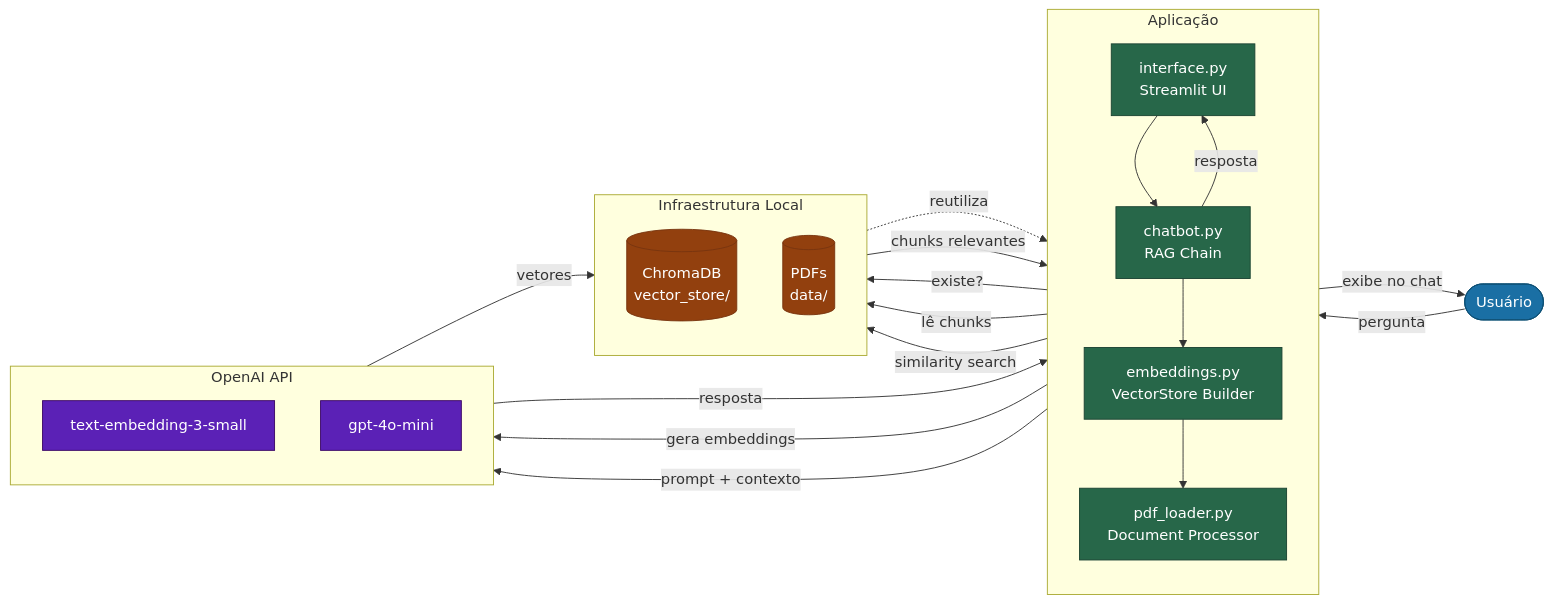
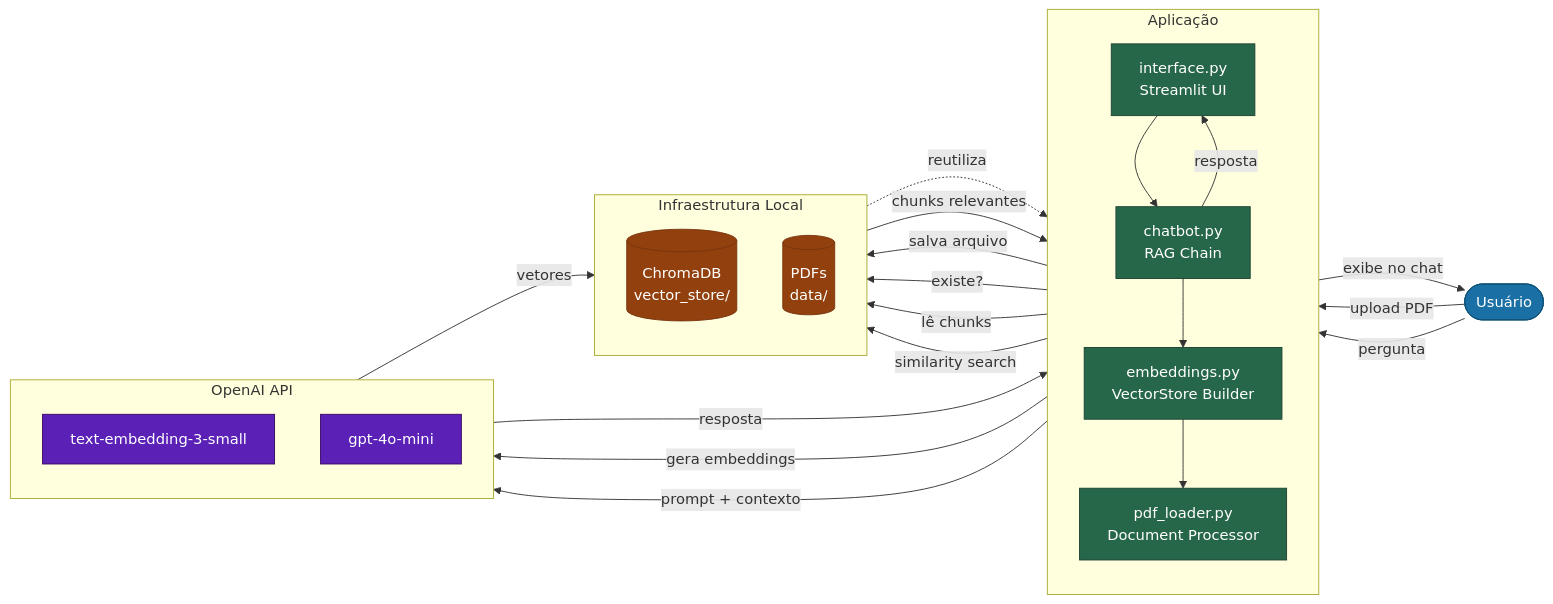
The diagram in docs/arquitetura.md (lgpsouza/chatbot-rag-pdf), drawn with Mermaid before and after one commit. The commit also changed 3 other files, not shown here.

First line of the commit message:
docs: document PDF upload and reindex feature

````diff
--- a/docs/arquitetura.md
+++ b/docs/arquitetura.md
@@ -5,48 +5,51 @@
 ```mermaid
 flowchart LR
     classDef user   fill:#1a6fa4,stroke:#0d4f74,color:#fff,rx:20
     classDef app    fill:#276749,stroke:#1b4332,color:#fff
     classDef infra  fill:#92400e,stroke:#78350f,color:#fff
     classDef api    fill:#5b21b6,stroke:#3b0764,color:#fff
 
     User([" Usuário "]):::user
 
     subgraph APP["  Aplicação  "]
         direction TB
         UI["interface.py\nStreamlit UI"]:::app
         Chatbot["chatbot.py\nRAG Chain"]:::app
         Embeddings["embeddings.py\nVectorStore Builder"]:::app
         Loader["pdf_loader.py\nDocument Processor"]:::app
     end
 
     subgraph INFRA["  Infraestrutura Local  "]
         direction TB
         VS[("ChromaDB\nvector_store/")]:::infra
         PDF[("PDFs\ndata/")]:::infra
     end
 
     subgraph OAI["  OpenAI API  "]
         direction TB
         EMB["text-embedding-3-small"]:::api
         LLM["gpt-4o-mini"]:::api
     end
 
+    User       -->|" upload PDF "| UI
     User       -->|" pergunta "| UI
+    UI         -->|" salva arquivo "| PDF
+
     UI         --> Chatbot
     Chatbot    --> Embeddings
 
     Embeddings -->|" existe? "| VS
     VS         -. " reutiliza " .-> Embeddings
 
     Embeddings --> Loader
     Loader     -->|" lê chunks "| PDF
     Loader     -->|" gera embeddings "| EMB
     EMB        -->|" vetores "| VS
 
     Chatbot    -->|" similarity search "| VS
     VS         -->|" chunks relevantes "| Chatbot
     Chatbot    -->|" prompt + contexto "| LLM
     LLM        -->|" resposta "| Chatbot
     Chatbot    -->|" resposta "| UI
     UI         -->|" exibe no chat "| User
 ```
````
